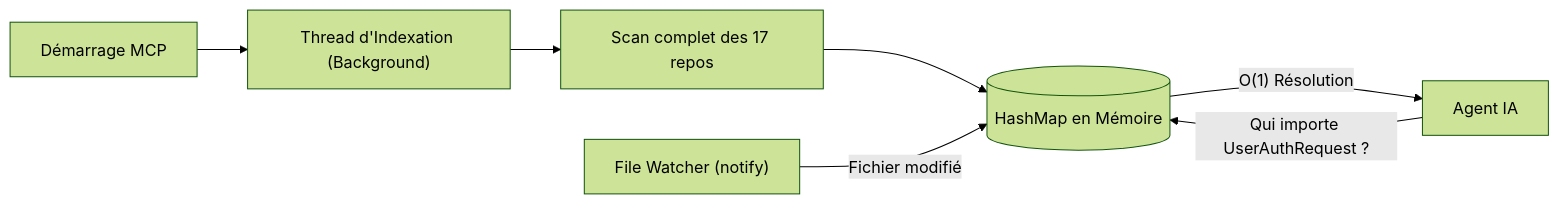
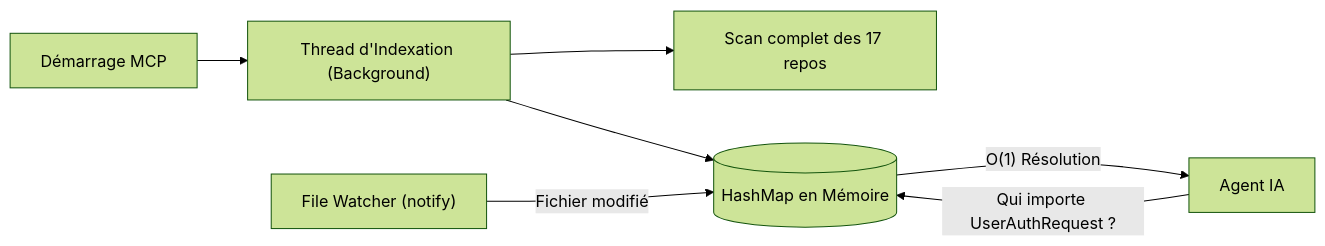
The third of 6 diagrams in README.md (Volontariapp/mcp-meta-indexer), drawn with Mermaid (forest theme) before and after one commit. The commit also changed other lines of this file and 4 other files, not shown here.

Commit message:
feat(mod.rs): reduce of 99% of token usage by adding impact graph

````diff
--- a/README.md
+++ b/README.md
@@ -94,11 +98,11 @@
 ```mermaid
 graph LR
     A["Démarrage MCP"] --> B["Thread d'Indexation (Background)"]
     B --> C["Scan complet des 17 repos"]
-    C --> D[("HashMap en Mémoire")]
+    B --> D[("HashMap en Mémoire")]
     
     E["File Watcher (notify)"] -->|Fichier modifié| D
     
     IA["Agent IA"] -->|"Qui importe UserAuthRequest ?"| D
     D -->|"O(1) Résolution"| IA
 ```
````
